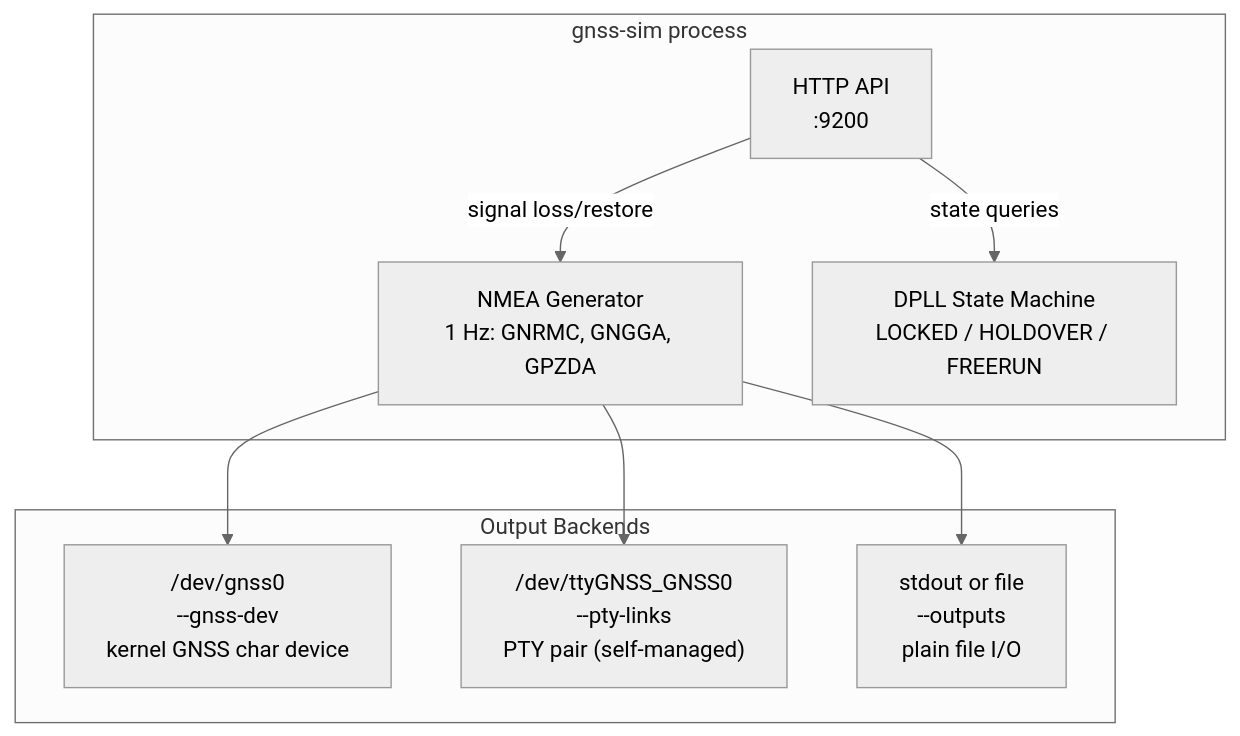
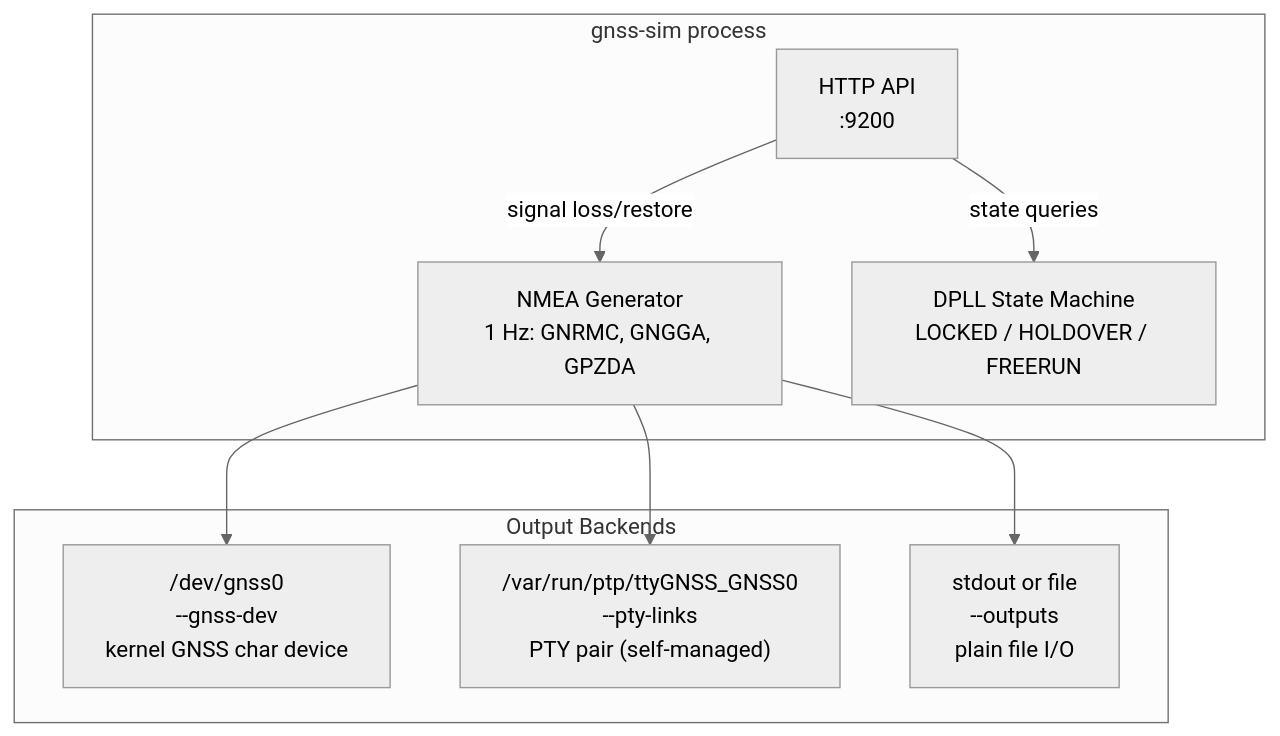
One commit to k8snetworkplumbingwg/ptp-operator changed the eighth of 12 diagrams in docs/netdevsim-ptp-simulation.md. Above: the diagram before and after it, drawn with Mermaid (neutral theme). The commit also changed other lines of this file, not shown here.

Commit message:
docs: align gnss-sim PTY paths with configGNSS
configGNSS passes --pty-links under /var/run/ptp. Update the architecture flowchart and PTY description so the documented paths match the deployment.

````diff
--- a/docs/netdevsim-ptp-simulation.md
+++ b/docs/netdevsim-ptp-simulation.md
@@ -395,20 +395,20 @@
 ```mermaid
 flowchart TB
     subgraph gnss_sim [gnss-sim process]
         generator["NMEA Generator<br/>1 Hz: GNRMC, GNGGA, GPZDA"]
         api["HTTP API<br/>:9200"]
         dpll_sim["DPLL State Machine<br/>LOCKED / HOLDOVER / FREERUN"]
     end
 
     subgraph outputs [Output Backends]
         kernel_dev["/dev/gnss0<br/>--gnss-dev<br/>kernel GNSS char device"]
-        pty1["/dev/ttyGNSS_GNSS0<br/>--pty-links<br/>PTY pair (self-managed)"]
+        pty1["/var/run/ptp/ttyGNSS_GNSS0<br/>--pty-links<br/>PTY pair (self-managed)"]
         file["stdout or file<br/>--outputs<br/>plain file I/O"]
     end
 
     generator --> kernel_dev
     generator --> pty1
     generator --> file
     api -->|"signal loss/restore"| generator
     api -->|"state queries"| dpll_sim
 ```
````
